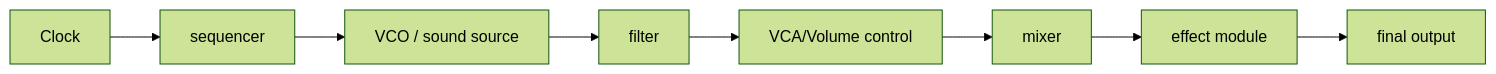
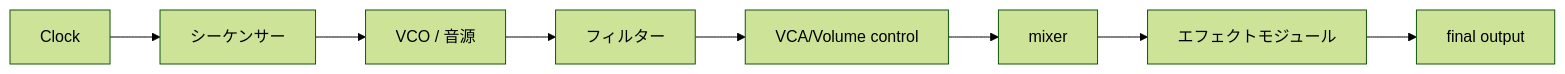
The fifth of 12 diagrams in en/_posts/2025-11-30-column-modular-techno.md (monumental-movement/monumental-movement.github.io), drawn with Mermaid (forest theme) before and after one commit. The commit also changed other lines of this file and 2196 other files, not shown here.

```diff
--- a/en/_posts/2025-11-30-column-modular-techno.md
+++ b/en/_posts/2025-11-30-column-modular-techno.md
@@ -161,10 +161,10 @@
 <div class="mermaid">
 graph LR
-    Clock --> Seq[sequencer]
-    Seq --> VCO[VCO / sound source]
-    VCO --> VCF[filter]
+    Clock --> Seq[シーケンサー]
+    Seq --> VCO[VCO / 音源]
+    VCO --> VCF[フィルター]
     VCF --> VCA[VCA/Volume control]
     VCA --> Mixer[mixer]
-    Mixer --> FX[effect module]
+    Mixer --> FX[エフェクトモジュール]
     FX --> Out[final output]
 </div>
```
